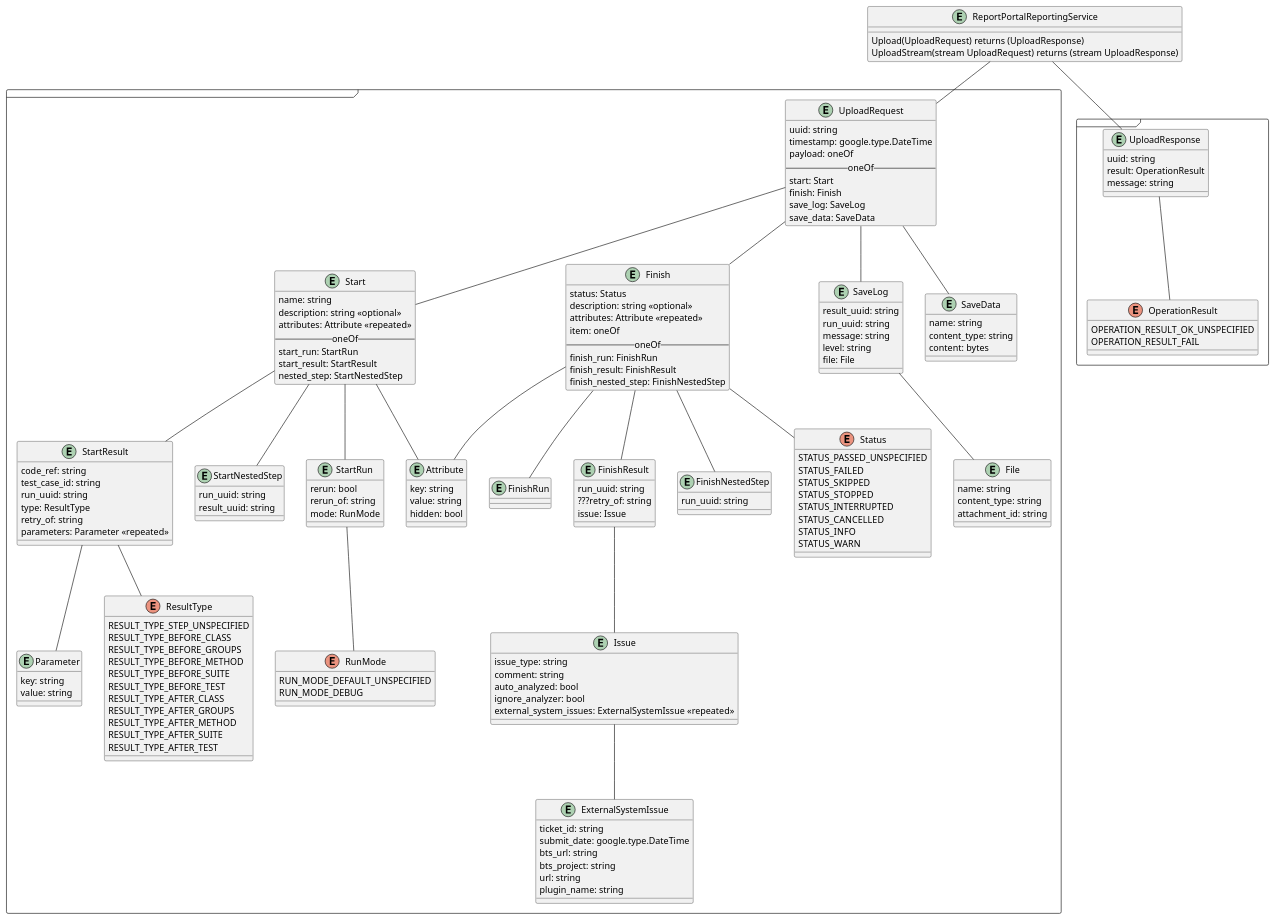
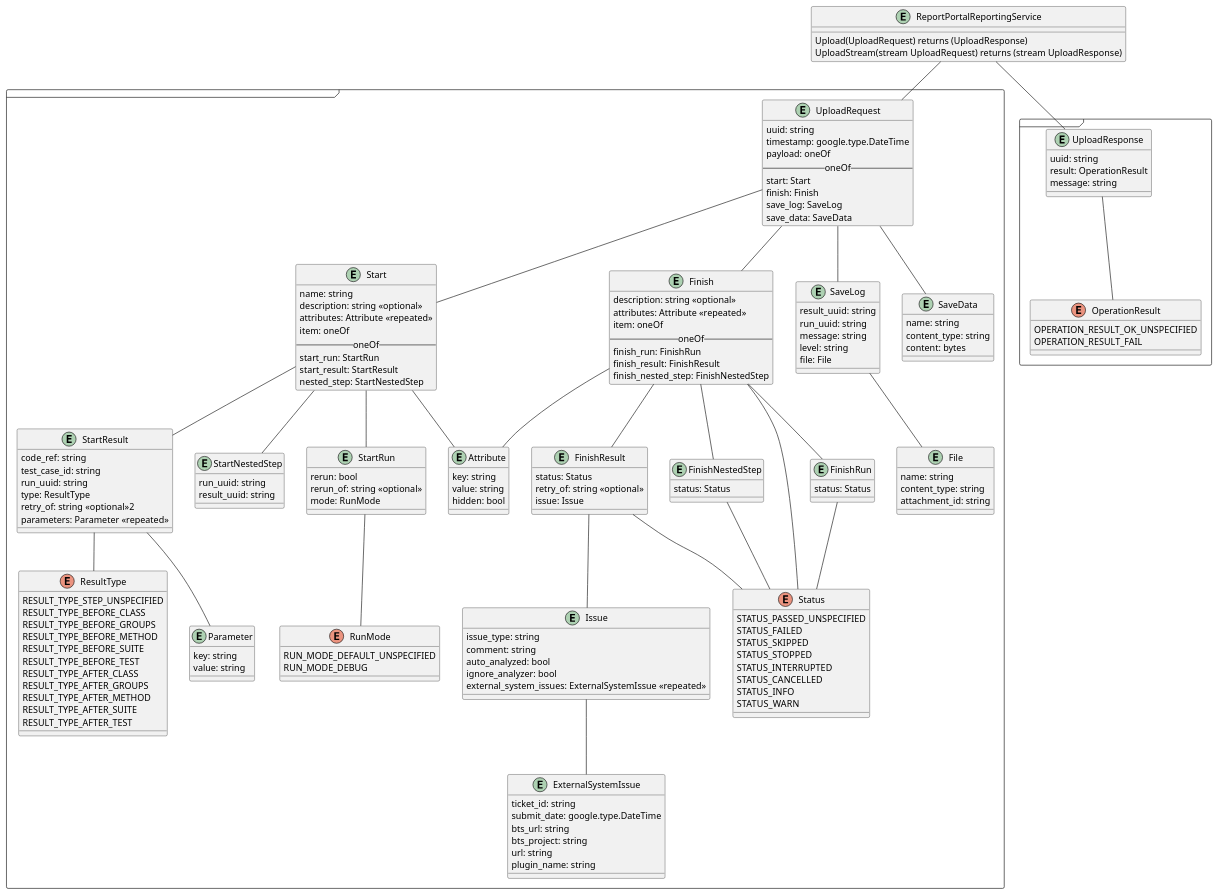
Before and after one commit to reportportal/api-registry: the diagram in docs/model.puml, drawn with PlantUML.

Commit message:
Update model

```diff
--- a/docs/model.puml
+++ b/docs/model.puml
@@ -21,6 +21,7 @@
     name: string
     description: string <<optional>>
     attributes: Attribute <<repeated>>
+    item: oneOf
     --oneOf--
     start_run: StartRun
     start_result: StartResult
@@ -32,7 +33,7 @@
     test_case_id: string
     run_uuid: string
     type: ResultType
-    retry_of: string
+    retry_of: string <<optional>>2
     parameters: Parameter <<repeated>>
   }
 
@@ -43,12 +44,11 @@
 
   Entity StartRun {
     rerun: bool
-    rerun_of: string
+    rerun_of: string <<optional>>
     mode: RunMode
   }
 
   Entity Finish {
-    status: Status
     description: string <<optional>>
     attributes: Attribute <<repeated>>
     item: oneOf
@@ -58,16 +58,18 @@
     finish_nested_step: FinishNestedStep
   }
 
-  Entity FinishRun {}
+  Entity FinishRun {
+    status: Status
+  }
 
   Entity FinishResult {
-    run_uuid: string
-    ???retry_of: string
+    status: Status
+    retry_of: string <<optional>>
     issue: Issue
   }
 
   Entity FinishNestedStep {
-    run_uuid: string
+    status: Status
   }
 
   Entity Issue {
@@ -186,7 +188,12 @@
 Finish -- Status
 Finish -- Attribute
 
+FinishRun -- Status
+
 FinishResult -- Issue
+FinishResult -- Status
+
+FinishNestedStep -- Status
 
 Issue -- ExternalSystemIssue
 
```
